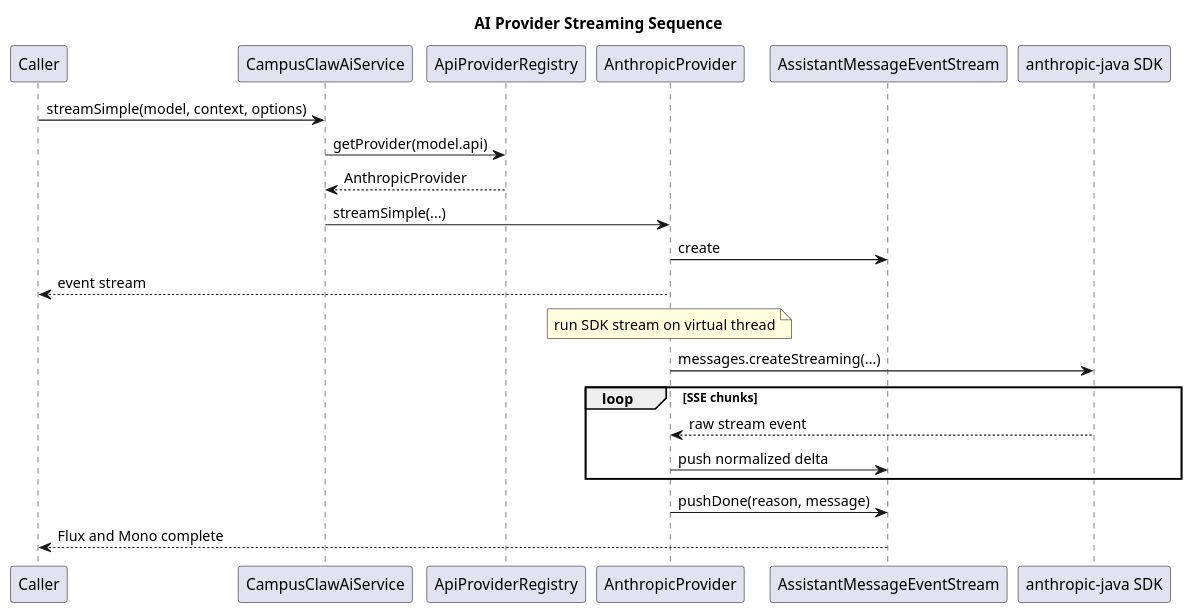
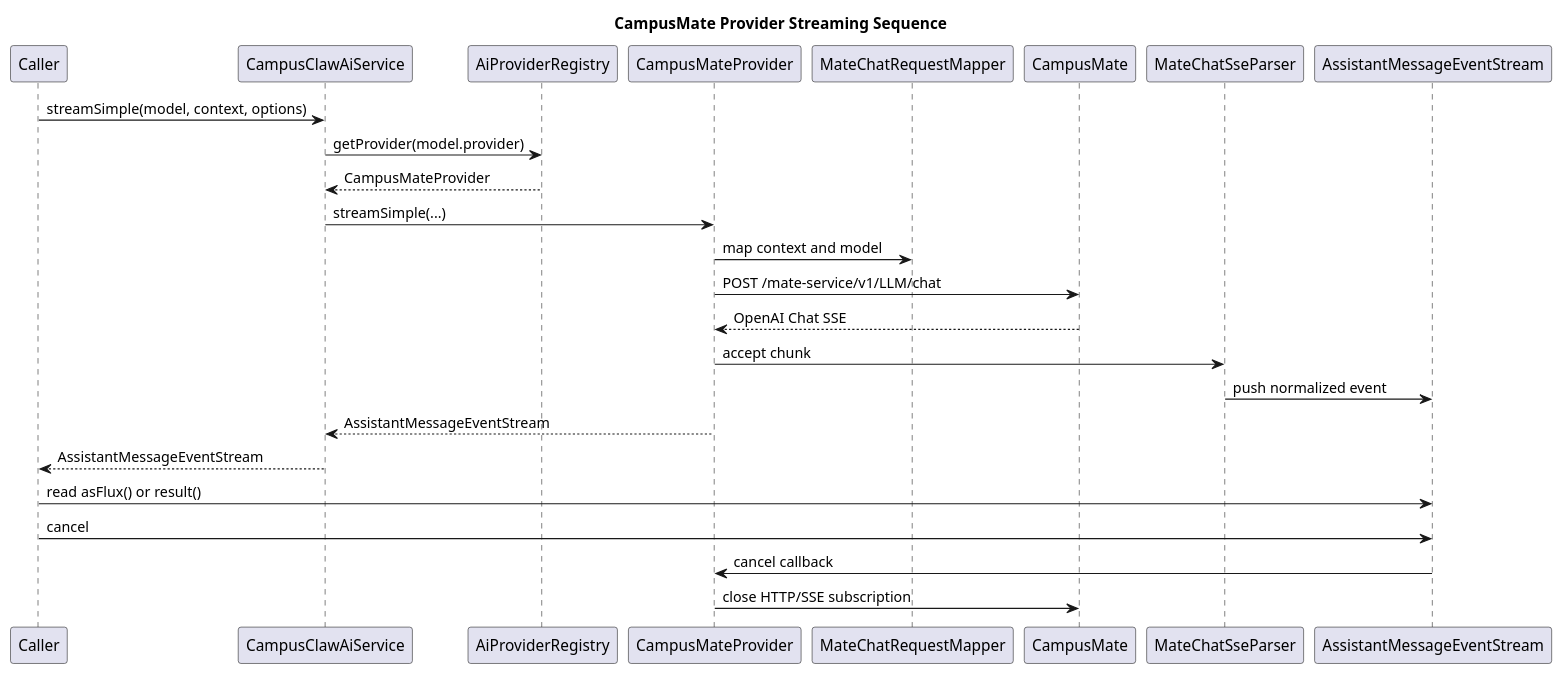
The second of 3 diagrams in docs/designs/ai/diagram.puml (2862282695gjh-afk/pi-mono-java), drawn with PlantUML before and after one commit. The commit also changed other lines of this file and 85 other files, not shown here.

Commit message:
feat(ai): 收敛 CampusMate 模型调用

```diff
--- a/docs/designs/ai/diagram.puml
+++ b/docs/designs/ai/diagram.puml
@@ -28,29 +30,35 @@
 @startuml streaming-sequence
-title AI Provider Streaming Sequence
+title CampusMate Provider Streaming Sequence
 
-' Source evidence: CampusClawAiService#streamSimple; ApiProviderRegistry#getProvider.
-' Source evidence: AnthropicProvider; AssistantMessageEventStream.
-' Observed behavior: a provider virtual thread translates SDK chunks into normalized events.
+' Source evidence: modules/ai/src/main/java/com/campusclaw/ai/CampusClawAiService.java#streamSimple.
+' Source evidence: modules/ai/src/main/java/com/campusclaw/ai/provider/AiProviderRegistry.java#getProvider.
+' This change: modules/ai/src/main/java/com/campusclaw/ai/provider/mate/CampusMateProvider.java#streamSimple.
+' Preserved source: modules/ai/src/main/java/com/campusclaw/ai/provider/mate/MateChatRequestMapper.java#map.
+' Preserved source: modules/ai/src/main/java/com/campusclaw/ai/provider/mate/MateChatSseParser.java#accept.
+' Observed behavior: provider identity wins before the optional ApiProvider fallback.
 
 participant Caller
 participant CampusClawAiService
-participant ApiProviderRegistry
-participant AnthropicProvider
+participant AiProviderRegistry
+participant CampusMateProvider
+participant MateChatRequestMapper
+participant CampusMate
+participant MateChatSseParser
 participant AssistantMessageEventStream
-participant "anthropic-java SDK" as SDK
 
 Caller -> CampusClawAiService : streamSimple(model, context, options)
-CampusClawAiService -> ApiProviderRegistry : getProvider(model.api)
-ApiProviderRegistry --> CampusClawAiService : AnthropicProvider
-CampusClawAiService -> AnthropicProvider : streamSimple(...)
-AnthropicProvider -> AssistantMessageEventStream : create
-AnthropicProvider --> Caller : event stream
-note over AnthropicProvider : run SDK stream on virtual thread
-AnthropicProvider -> SDK : messages.createStreaming(...)
-loop SSE chunks
-  SDK --> AnthropicProvider : raw stream event
-  AnthropicProvider -> AssistantMessageEventStream : push normalized delta
-end
-AnthropicProvider -> AssistantMessageEventStream : pushDone(reason, message)
-AssistantMessageEventStream --> Caller : Flux and Mono complete
+CampusClawAiService -> AiProviderRegistry : getProvider(model.provider)
+AiProviderRegistry --> CampusClawAiService : CampusMateProvider
+CampusClawAiService -> CampusMateProvider : streamSimple(...)
+CampusMateProvider -> MateChatRequestMapper : map context and model
+CampusMateProvider -> CampusMate : POST /mate-service/v1/LLM/chat
+CampusMate --> CampusMateProvider : OpenAI Chat SSE
+CampusMateProvider -> MateChatSseParser : accept chunk
+MateChatSseParser -> AssistantMessageEventStream : push normalized event
+CampusMateProvider --> CampusClawAiService : AssistantMessageEventStream
+CampusClawAiService --> Caller : AssistantMessageEventStream
+Caller -> AssistantMessageEventStream : read asFlux() or result()
+Caller -> AssistantMessageEventStream : cancel
+AssistantMessageEventStream -> CampusMateProvider : cancel callback
+CampusMateProvider -> CampusMate : close HTTP/SSE subscription
 @enduml
```
